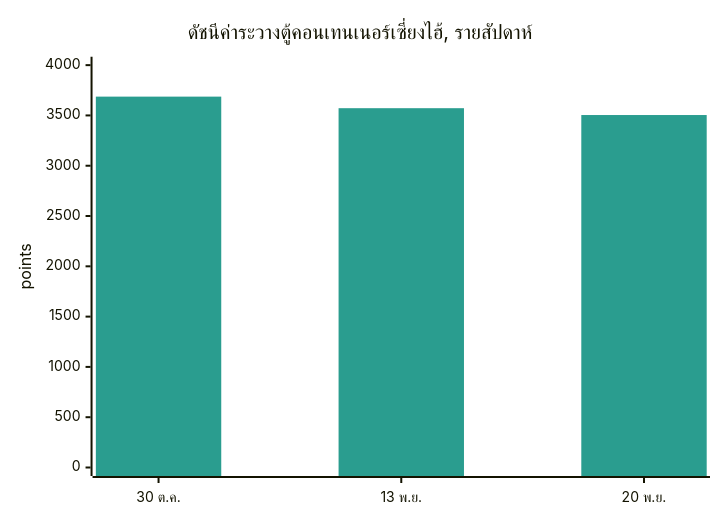
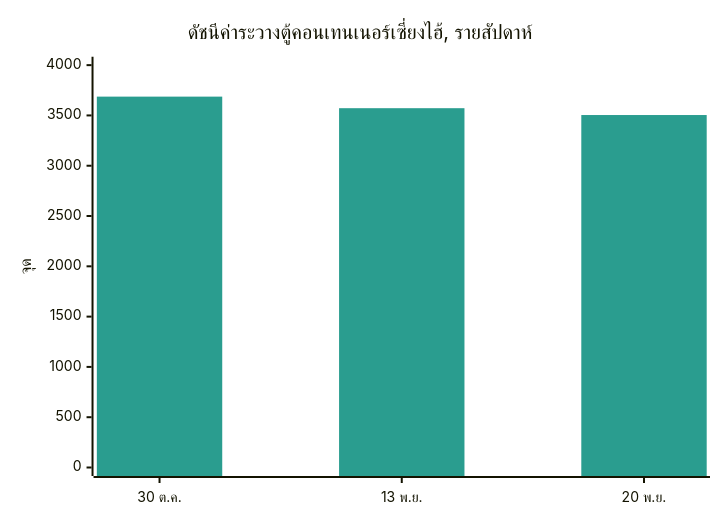
One commit to dureach/research changed the tenth of 15 diagrams in Global-Trade-Intelligence-weekly-2026-11-23/index.th.md. Above: the diagram before and after it, drawn with Mermaid. The commit also changed other lines of this file and 5 other files, not shown here.

````diff
--- a/Global-Trade-Intelligence-weekly-2026-11-23/index.th.md
+++ b/Global-Trade-Intelligence-weekly-2026-11-23/index.th.md
@@ -512,8 +512,8 @@
 ```mermaid
 %%{init: {'theme': 'base', 'themeVariables': {'xyChart': {'plotColorPalette': '#2a9d8f'}}}}%%
 xychart-beta
     title "ดัชนีค่าระวางตู้คอนเทนเนอร์เซี่ยงไฮ้, รายสัปดาห์"
     x-axis ["30 ต.ค.", "13 พ.ย.", "20 พ.ย."]
-    y-axis "points" 0 --> 4000
+    y-axis "จุด" 0 --> 4000
     bar [3687, 3572, 3504]
 ```
````
